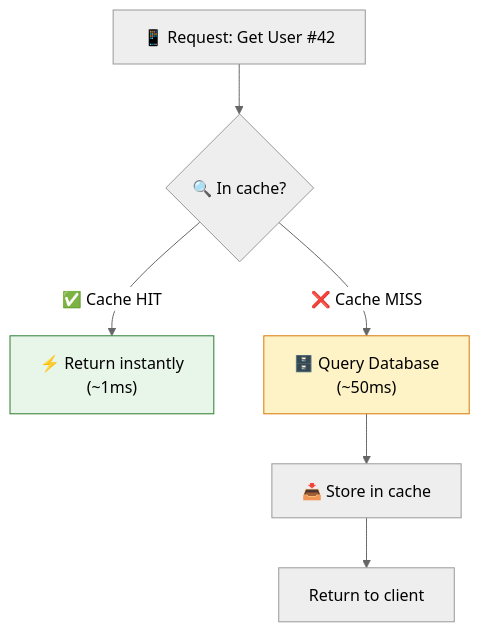
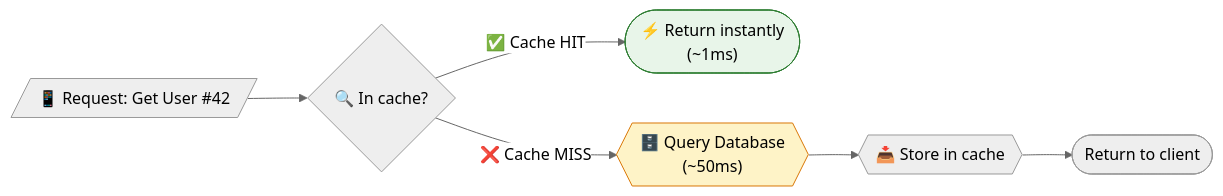
Before and after one commit to saivamsikaruturi/vamsilabs-dev-notes-main: the first of 2 diagrams in docs/springboot/caching.md, drawn with Mermaid (neutral theme). The commit also changed other lines of this file and 146 other files, not shown here.

Commit message:
Horizontal diagrams, UML class diagrams, typography overhaul, and permalink cleanup

````diff
--- a/docs/springboot/caching.md
+++ b/docs/springboot/caching.md
@@ -10,12 +10,12 @@
 ```mermaid
-flowchart TD
-    R["📱 Request: Get User #42"]
+flowchart LR
+    R[/"📱 Request: Get User #42"/]
     R --> Check{"🔍 In cache?"}
-    Check -->|"✅ Cache HIT"| Fast["⚡ Return instantly<br/>(~1ms)"]
-    Check -->|"❌ Cache MISS"| DB["🗄️ Query Database<br/>(~50ms)"]
-    DB --> Store["📥 Store in cache"]
-    Store --> Return["Return to client"]
+    Check -->|"✅ Cache HIT"| Fast(["⚡ Return instantly<br/>(~1ms)"])
+    Check -->|"❌ Cache MISS"| DB{{"🗄️ Query Database<br/>(~50ms)"}}
+    DB --> Store{{"📥 Store in cache"}}
+    Store --> Return(["Return to client"])
 
     style Fast fill:#E8F5E9,stroke:#2E7D32,color:#000
     style DB fill:#FEF3C7,stroke:#D97706,color:#000
 ```
````
